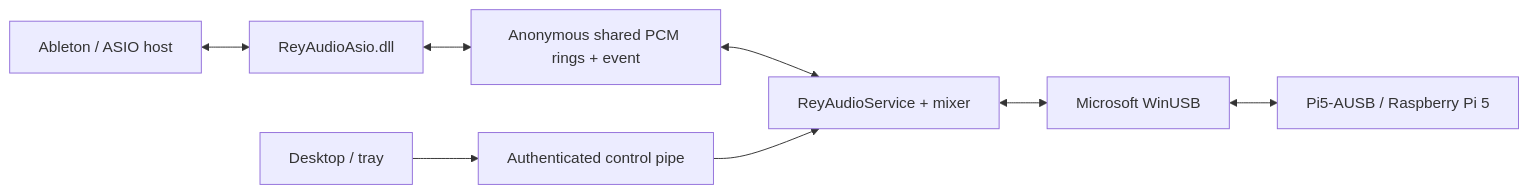
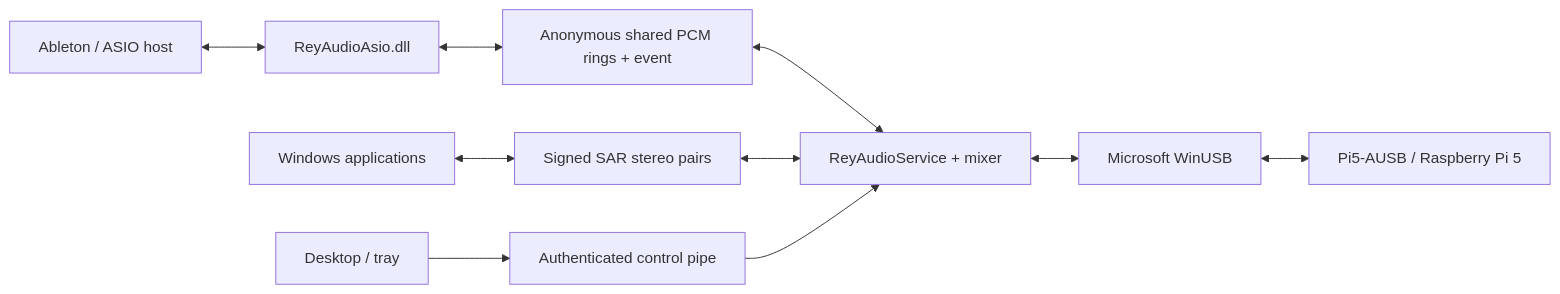
The diagram in docs/ARCHITECTURE.md (danrey-bilo/Rey-Audio-Driver-win), drawn with Mermaid before and after one commit. The commit also changed other lines of this file and 42 other files, not shown here.

Commit message:
Embed signed SAR stereo pairs alongside direct USB ASIO

````diff
--- a/docs/ARCHITECTURE.md
+++ b/docs/ARCHITECTURE.md
@@ -6,10 +6,12 @@
 ```mermaid
 flowchart LR
   DAW[Ableton / ASIO host] <--> DLL[ReyAudioAsio.dll]
   DLL <--> IPC[Anonymous shared PCM rings + event]
   IPC <--> S[ReyAudioService + mixer]
+  APP[Windows applications] <--> SAR[Signed SAR stereo pairs]
+  SAR <--> S
   S <--> W[Microsoft WinUSB]
   W <--> PI[Pi5-AUSB / Raspberry Pi 5]
   UI[Desktop / tray] --> CTRL[Authenticated control pipe]
   CTRL --> S
 ```
````
